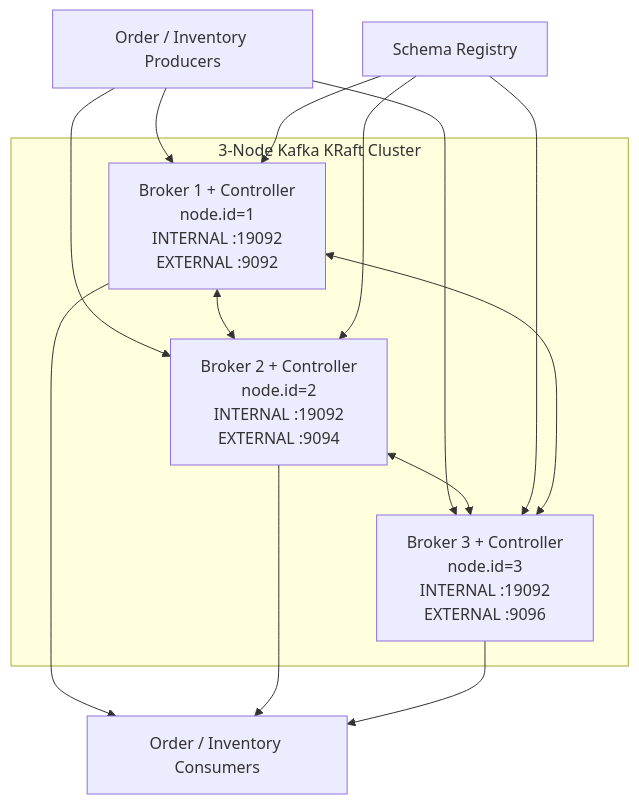
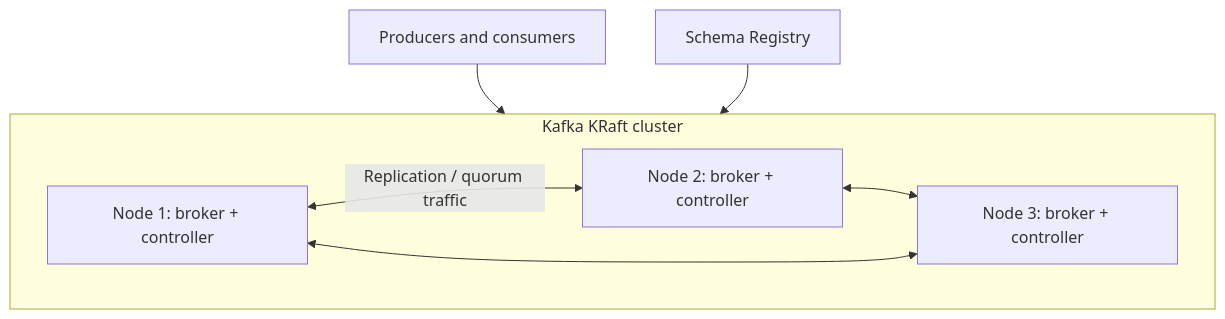
The second of 7 diagrams in README.md (alexsaifee786-jpg/kafka-order-platform), drawn with Mermaid before and after one commit. The commit also changed other lines of this file, not shown here.

Commit message:
docs: polish README navigation, diagrams and implementation boundaries

````diff
--- a/README.md
+++ b/README.md
@@ -145,29 +136,13 @@
 ```mermaid
-flowchart TB
-    Producer[Order / Inventory Producers]
-
-    subgraph KafkaCluster[3-Node Kafka KRaft Cluster]
-        B1[Broker 1 + Controller\nnode.id=1\nINTERNAL :19092\nEXTERNAL :9092]
-        B2[Broker 2 + Controller\nnode.id=2\nINTERNAL :19092\nEXTERNAL :9094]
-        B3[Broker 3 + Controller\nnode.id=3\nINTERNAL :19092\nEXTERNAL :9096]
+flowchart TD
+    Clients["Producers and consumers"] --> Cluster
+    Registry["Schema Registry"] --> Cluster
+    subgraph Cluster["Kafka KRaft cluster"]
+        B1["Node 1: broker + controller"]
+        B2["Node 2: broker + controller"]
+        B3["Node 3: broker + controller"]
+        B1 <-->|"Replication / quorum traffic"| B2
+        B2 <--> B3
+        B3 <--> B1
     end
-
-    Consumer[Order / Inventory Consumers]
-    Registry[Schema Registry]
-
-    Producer --> B1
-    Producer --> B2
-    Producer --> B3
-
-    B1 <--> B2
-    B2 <--> B3
-    B3 <--> B1
-
-    B1 --> Consumer
-    B2 --> Consumer
-    B3 --> Consumer
-
-    Registry --> B1
-    Registry --> B2
-    Registry --> B3
 ```
````
